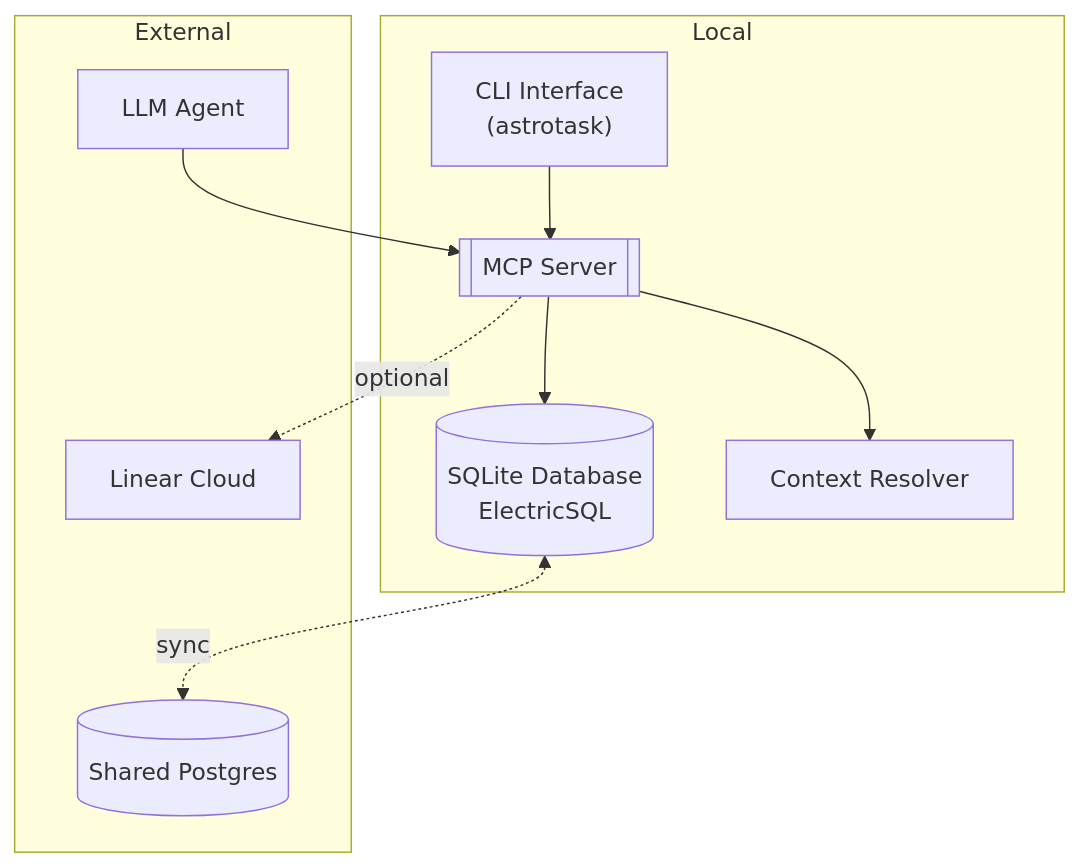
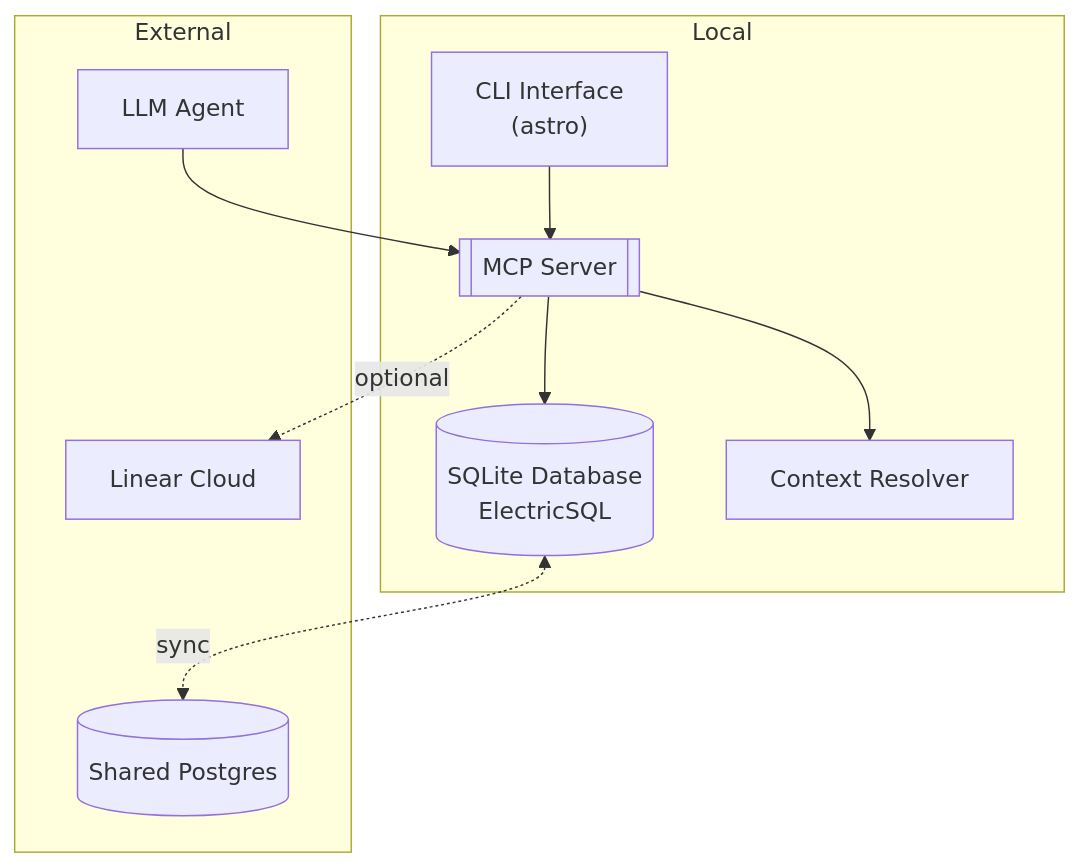
Before and after one commit to marktoda/astrotask: the diagram in AGENTS.md, drawn with Mermaid. The commit also changed other lines of this file and 10 other files, not shown here.

Commit message:
feat: astrotask => astro

````diff
--- a/AGENTS.md
+++ b/AGENTS.md
@@ -108,22 +108,22 @@
 ```mermaid
 graph TD
   subgraph Local
-    CLI["CLI Interface<br>(astrotask)"]
+    CLI["CLI Interface<br>(astro)"]
     MCP[[MCP Server]]
     SQLite[(SQLite Database<br>ElectricSQL)]
     Resolver[Context Resolver]
   end
 
   subgraph External
     Postgres[(Shared Postgres)]
     Linear[Linear Cloud]
     Agent[LLM Agent]
   end
 
   CLI --> MCP
   Agent --> MCP
   MCP --> SQLite
   MCP --> Resolver
   SQLite <-.sync.-> Postgres
   MCP -.optional.-> Linear
 ```
````
